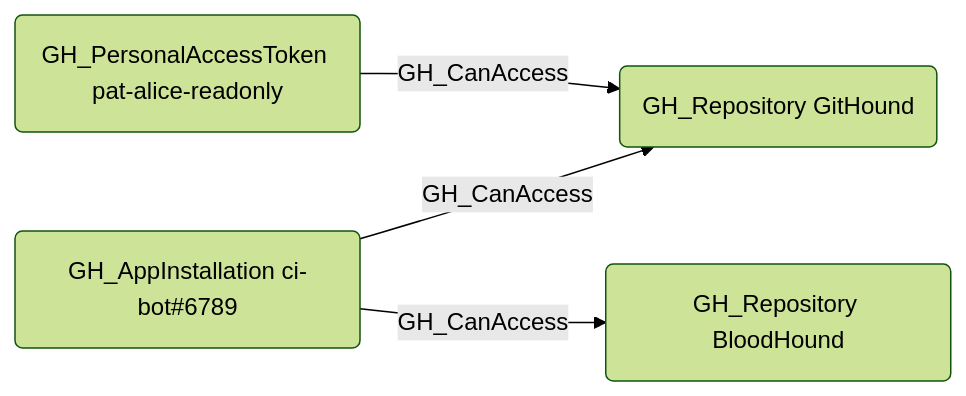
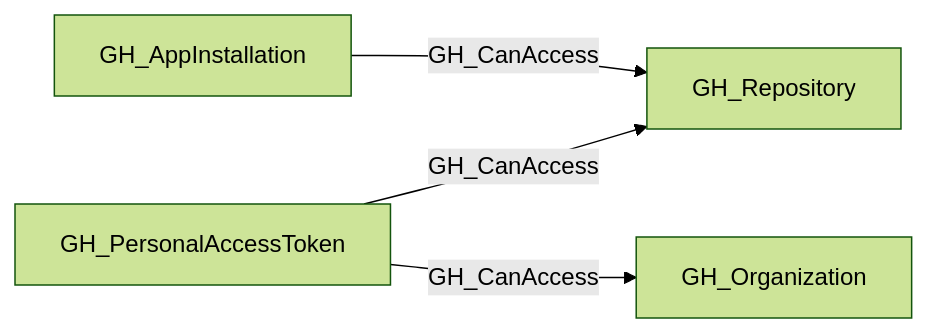
Before and after one commit to SpecterOps/bloodhound-docs: the first of 2 diagrams in docs/opengraph/extensions/github/edges/gh_canaccess.mdx, drawn with Mermaid (forest theme). The commit also changed other lines of this file and 292 other files, not shown here.

````diff
--- a/docs/opengraph/extensions/github/edges/gh_canaccess.mdx
+++ b/docs/opengraph/extensions/github/edges/gh_canaccess.mdx
@@ -19,10 +18,10 @@
 ```mermaid
-graph LR
-    pat("GH_PersonalAccessToken pat-alice-readonly")
-    install("GH_AppInstallation ci-bot#6789")
-    repo1("GH_Repository GitHound")
-    repo2("GH_Repository BloodHound")
-    pat -- GH_CanAccess --> repo1
-    install -- GH_CanAccess --> repo1
-    install -- GH_CanAccess --> repo2
+flowchart LR
+    GH_AppInstallation["GH_AppInstallation"]
+    GH_Organization["GH_Organization"]
+    GH_PersonalAccessToken["GH_PersonalAccessToken"]
+    GH_Repository["GH_Repository"]
+    GH_AppInstallation -- GH_CanAccess --> GH_Repository
+    GH_PersonalAccessToken -- GH_CanAccess --> GH_Organization
+    GH_PersonalAccessToken -- GH_CanAccess --> GH_Repository
 ```
````
